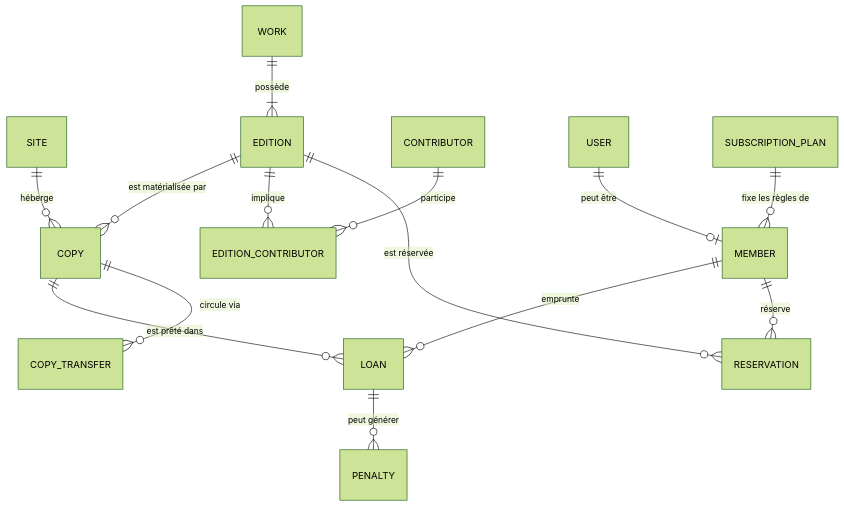
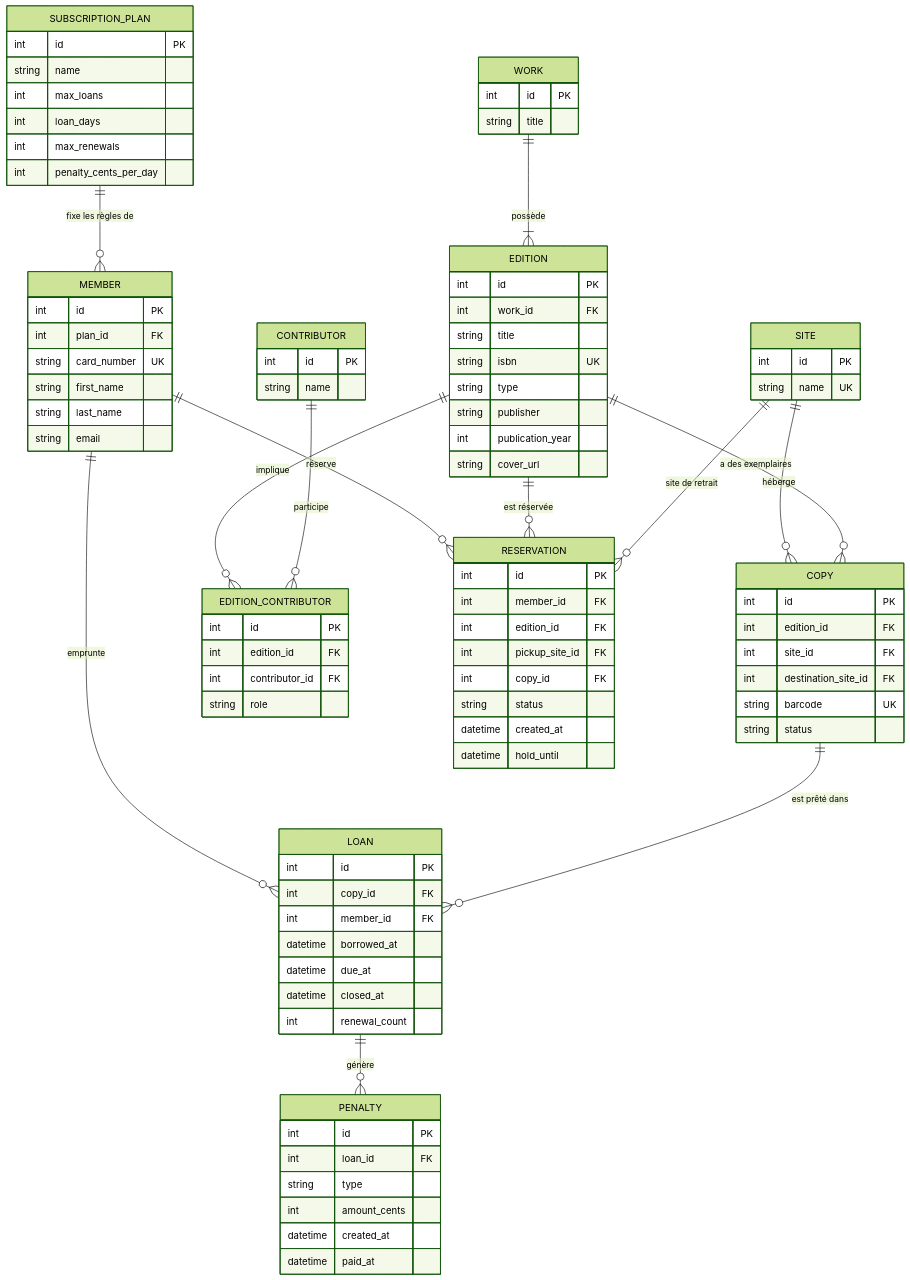
The diagram in docs/MODELE.md (nassimatk/mediatheque), drawn with Mermaid (forest theme) before and after one commit. The commit also changed other lines of this file and 21 other files, not shown here.

````diff
--- a/docs/MODELE.md
+++ b/docs/MODELE.md
@@ -8,15 +8,94 @@
 erDiagram
     SITE ||--o{ COPY : "héberge"
     WORK ||--|{ EDITION : "possède"
-    EDITION ||--o{ COPY : "est matérialisée par"
+    EDITION ||--o{ COPY : "a des exemplaires"
     EDITION ||--o{ EDITION_CONTRIBUTOR : "implique"
     CONTRIBUTOR ||--o{ EDITION_CONTRIBUTOR : "participe"
-    USER ||--o| MEMBER : "peut être"
     SUBSCRIPTION_PLAN ||--o{ MEMBER : "fixe les règles de"
     MEMBER ||--o{ LOAN : "emprunte"
     COPY ||--o{ LOAN : "est prêté dans"
     MEMBER ||--o{ RESERVATION : "réserve"
     EDITION ||--o{ RESERVATION : "est réservée"
-    LOAN ||--o{ PENALTY : "peut générer"
-    COPY ||--o{ COPY_TRANSFER : "circule via"
+    SITE ||--o{ RESERVATION : "site de retrait"
+    LOAN ||--o{ PENALTY : "génère"
+
+    SITE {
+        int id PK
+        string name UK
+    }
+    WORK {
+        int id PK
+        string title
+    }
+    EDITION {
+        int id PK
+        int work_id FK
+        string title
+        string isbn UK
+        string type
+        string publisher
+        int publication_year
+        string cover_url
+    }
+    CONTRIBUTOR {
+        int id PK
+        string name
+    }
+    EDITION_CONTRIBUTOR {
+        int id PK
+        int edition_id FK
+        int contributor_id FK
+        string role
+    }
+    COPY {
+        int id PK
+        int edition_id FK
+        int site_id FK
+        int destination_site_id FK
+        string barcode UK
+        string status
+    }
+    SUBSCRIPTION_PLAN {
+        int id PK
+        string name
+        int max_loans
+        int loan_days
+        int max_renewals
+        int penalty_cents_per_day
+    }
+    MEMBER {
+        int id PK
+        int plan_id FK
+        string card_number UK
+        string first_name
+        string last_name
+        string email
+    }
+    LOAN {
+        int id PK
+        int copy_id FK
+        int member_id FK
+        datetime borrowed_at
+        datetime due_at
+        datetime closed_at
+        int renewal_count
+    }
+    RESERVATION {
+        int id PK
+        int member_id FK
+        int edition_id FK
+        int pickup_site_id FK
+        int copy_id FK
+        string status
+        datetime created_at
+        datetime hold_until
+    }
+    PENALTY {
+        int id PK
+        int loan_id FK
+        string type
+        int amount_cents
+        datetime created_at
+        datetime paid_at
+    }
 ```
````
